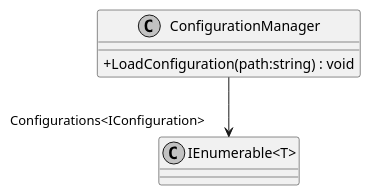
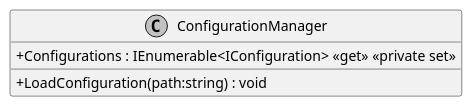
Before and after one commit to insightmind/MORR: the diagram in documents/sd/plantuml/application/Core/MORR/ConfigurationManager.puml, drawn with PlantUML. The commit also changed 85 other files, not shown here.

Commit message:
Added diagrams for Core and Shared

```diff
--- a/documents/sd/plantuml/application/Core/MORR/ConfigurationManager.puml
+++ b/documents/sd/plantuml/application/Core/MORR/ConfigurationManager.puml
@@ -1,11 +1,10 @@
 @startuml
 skinparam monochrome true
 skinparam classAttributeIconSize 0
 
 class ConfigurationManager {
     + LoadConfiguration(path:string) : void
+    + Configurations : IEnumerable<IConfiguration> <<get>> <<private set>>
 }
-class "IEnumerable<T>" {
-}
-ConfigurationManager --> "Configurations<IConfiguration>" "IEnumerable<T>"
+
 @enduml
```
